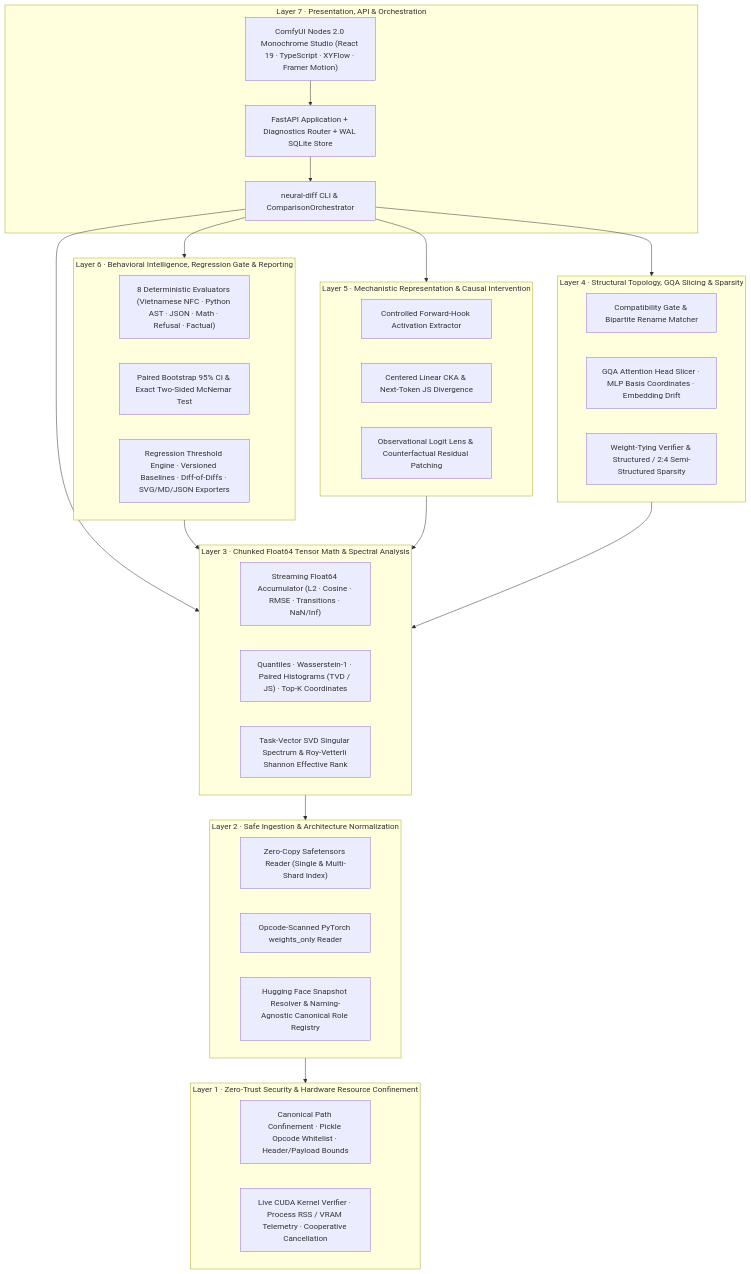
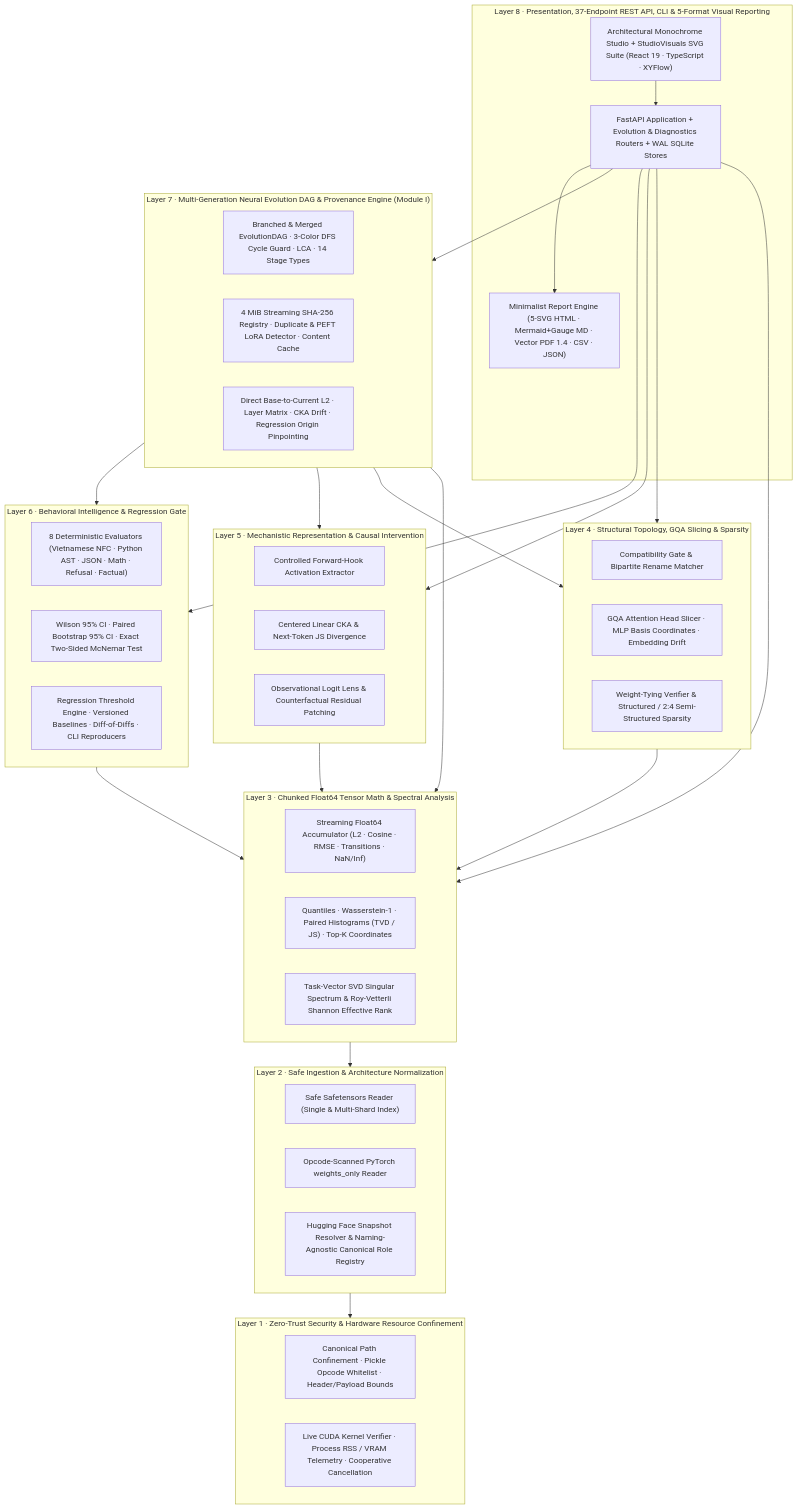
Before and after one commit to williamcachamwri/neural-diff: the first of 2 diagrams in README.md, drawn with Mermaid. The commit also changed other lines of this file and 5 other files, not shown here.

Commit message:
docs(readme): update 5-language READMEs and CHANGELOG with 8-layer architecture and 27 live screenshots

````diff
--- a/README.md
+++ b/README.md
@@ -64,47 +67,54 @@
 ```mermaid
 flowchart TB
-    subgraph L7["Layer 7 · Presentation, API & Orchestration"]
-        UI["ComfyUI Nodes 2.0 Monochrome Studio (React 19 · TypeScript · XYFlow · Framer Motion)"]
-        API["FastAPI Application + Diagnostics Router + WAL SQLite Store"]
-        CLI["neural-diff CLI & ComparisonOrchestrator"]
+    subgraph L8["Layer 8 · Presentation, 37-Endpoint REST API, CLI & 5-Format Visual Reporting"]
+        UI["Architectural Monochrome Studio + StudioVisuals SVG Suite (React 19 · TypeScript · XYFlow)"]
+        API["FastAPI Application + Evolution & Diagnostics Routers + WAL SQLite Stores"]
+        REP["Minimalist Report Engine (5-SVG HTML · Mermaid+Gauge MD · Vector PDF 1.4 · CSV · JSON)"]
     end
 
-    subgraph L6["Layer 6 · Behavioral Intelligence, Regression Gate & Reporting"]
+    subgraph L7["Layer 7 · Multi-Generation Neural Evolution DAG & Provenance Engine (Module I)"]
+        DAG["Branched & Merged EvolutionDAG · 3-Color DFS Cycle Guard · LCA · 14 Stage Types"]
+        REG_CKPT["4 MiB Streaming SHA-256 Registry · Duplicate & PEFT LoRA Detector · Content Cache"]
+        EVO_ENG["Direct Base-to-Current L2 · Layer Matrix · CKA Drift · Regression Origin Pinpointing"]
+    end
+
+    subgraph L6["Layer 6 · Behavioral Intelligence & Regression Gate"]
         BEH["8 Deterministic Evaluators (Vietnamese NFC · Python AST · JSON · Math · Refusal · Factual)"]
-        STATS_B["Paired Bootstrap 95% CI & Exact Two-Sided McNemar Test"]
-        REG["Regression Threshold Engine · Versioned Baselines · Diff-of-Diffs · SVG/MD/JSON Exporters"]
+        STATS_B["Wilson 95% CI · Paired Bootstrap 95% CI · Exact Two-Sided McNemar Test"]
+        REG["Regression Threshold Engine · Versioned Baselines · Diff-of-Diffs · CLI Reproducers"]
     end
 
     subgraph L5["Layer 5 · Mechanistic Representation & Causal Intervention"]
         HOOK["Controlled Forward-Hook Activation Extractor"]
         CKA["Centered Linear CKA & Next-Token JS Divergence"]
         LENS["Observational Logit Lens & Counterfactual Residual Patching"]
     end
 
     subgraph L4["Layer 4 · Structural Topology, GQA Slicing & Sparsity"]
         COMPAT["Compatibility Gate & Bipartite Rename Matcher"]
         GQA["GQA Attention Head Slicer · MLP Basis Coordinates · Embedding Drift"]
         SPARSE["Weight-Tying Verifier & Structured / 2:4 Semi-Structured Sparsity"]
     end
 
     subgraph L3["Layer 3 · Chunked Float64 Tensor Math & Spectral Analysis"]
         CHUNK["Streaming Float64 Accumulator (L2 · Cosine · RMSE · Transitions · NaN/Inf)"]
         DIST["Quantiles · Wasserstein-1 · Paired Histograms (TVD / JS) · Top-K Coordinates"]
         SVD["Task-Vector SVD Singular Spectrum & Roy-Vetterli Shannon Effective Rank"]
     end
 
     subgraph L2["Layer 2 · Safe Ingestion & Architecture Normalization"]
-        SAFE["Zero-Copy Safetensors Reader (Single & Multi-Shard Index)"]
+        SAFE["Safe Safetensors Reader (Single & Multi-Shard Index)"]
         PTSAFE["Opcode-Scanned PyTorch weights_only Reader"]
         HFHUB["Hugging Face Snapshot Resolver & Naming-Agnostic Canonical Role Registry"]
     end
 
     subgraph L1["Layer 1 · Zero-Trust Security & Hardware Resource Confinement"]
         SEC["Canonical Path Confinement · Pickle Opcode Whitelist · Header/Payload Bounds"]
         RES["Live CUDA Kernel Verifier · Process RSS / VRAM Telemetry · Cooperative Cancellation"]
     end
 
-    UI --> API --> CLI
-    CLI --> L6 & L5 & L4 & L3
+    UI --> API --> REP
+    API --> L7 & L6 & L5 & L4 & L3
+    L7 --> L6 & L5 & L4 & L3
     L6 & L5 & L4 --> L3 --> L2 --> L1
 ```
````
